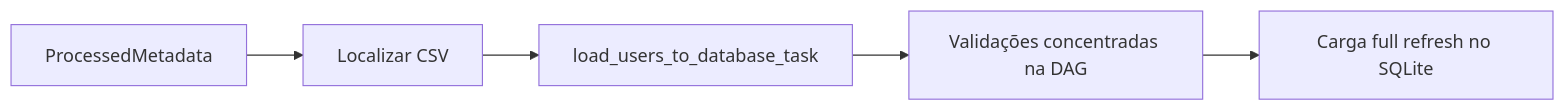
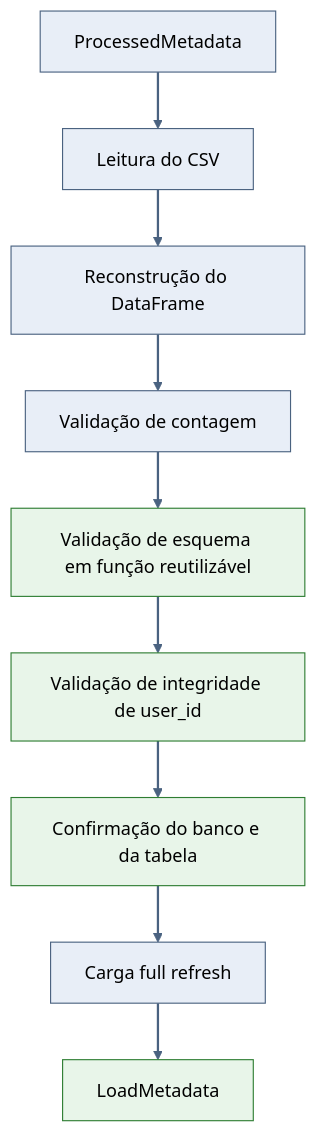
The first of 2 diagrams in docs/phase-5-xcoms-e-artefatos/step-07-refatorar-carga-sqlite.md (Moreno2Marcos/mini-python-data-pipeline), drawn with Mermaid before and after one commit. The commit also changed other lines of this file, not shown here.

Commit message:
docs: improve Step 7 flow diagrams

````diff
--- a/docs/phase-5-xcoms-e-artefatos/step-07-refatorar-carga-sqlite.md
+++ b/docs/phase-5-xcoms-e-artefatos/step-07-refatorar-carga-sqlite.md
@@ -11,7 +11,19 @@
 ```mermaid
-flowchart LR
-    A[ProcessedMetadata] --> B[Localizar CSV]
-    B --> C[load_users_to_database_task]
-    C --> D[Validações concentradas na DAG]
-    D --> E[Carga full refresh no SQLite]
+flowchart TD
+    A[ProcessedMetadata] --> B[Leitura do CSV]
+    B --> C[Reconstrução do DataFrame]
+    C --> D[Validação de contagem]
+    D --> E[Validação de esquema em função reutilizável]
+    E --> F[Validação de integridade de user_id]
+    F --> G[Confirmação do banco e da tabela]
+    G --> H[Carga full refresh]
+    H --> I[LoadMetadata]
+
+    classDef unchanged fill:#E8EEF7,stroke:#4A6280,color:#000;
+    classDef newChange fill:#E8F5E9,stroke:#2E7D32,color:#000;
+
+    class A,B,C,D,H unchanged;
+    class E,F,G,I newChange;
+
+    linkStyle default stroke:#4A6280,stroke-width:2px;
 ```
````
